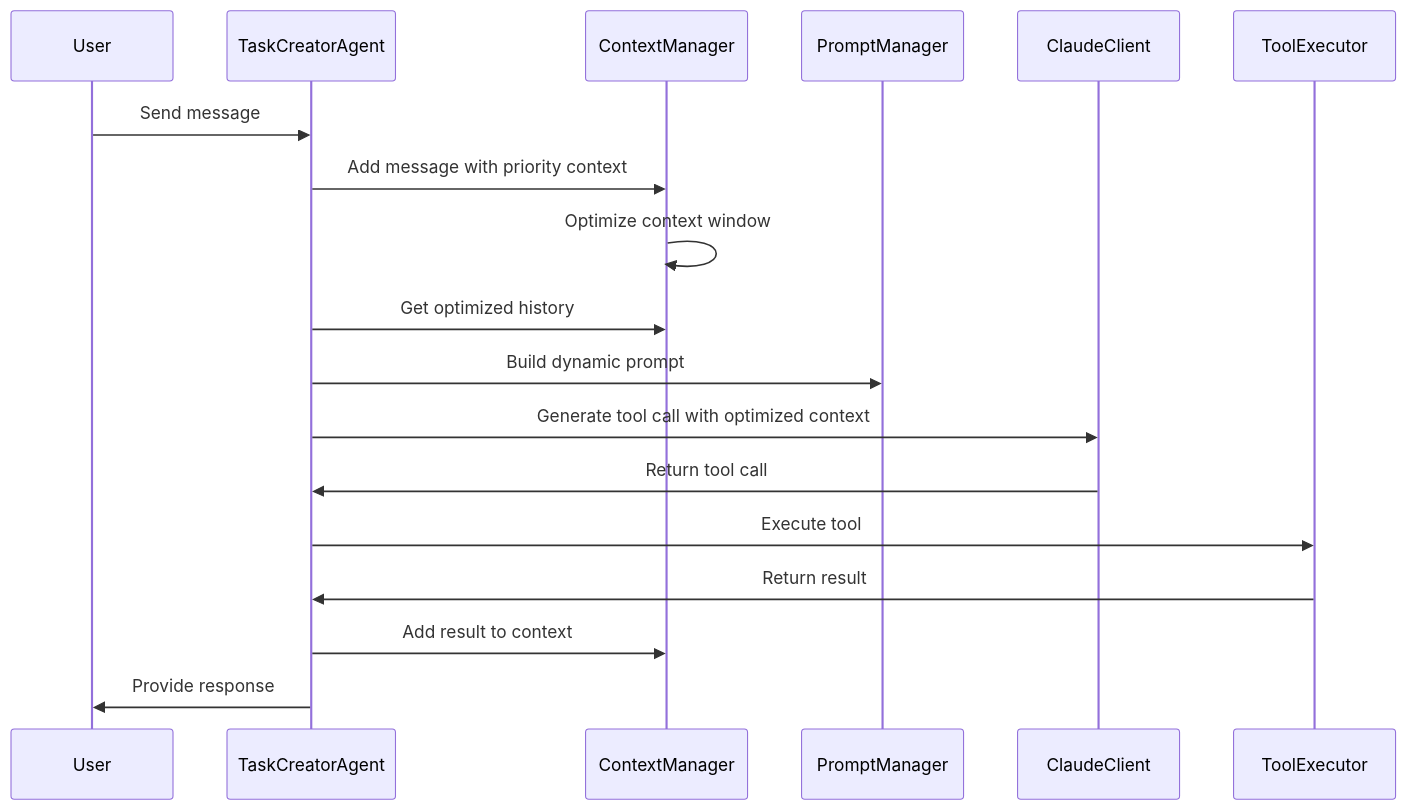
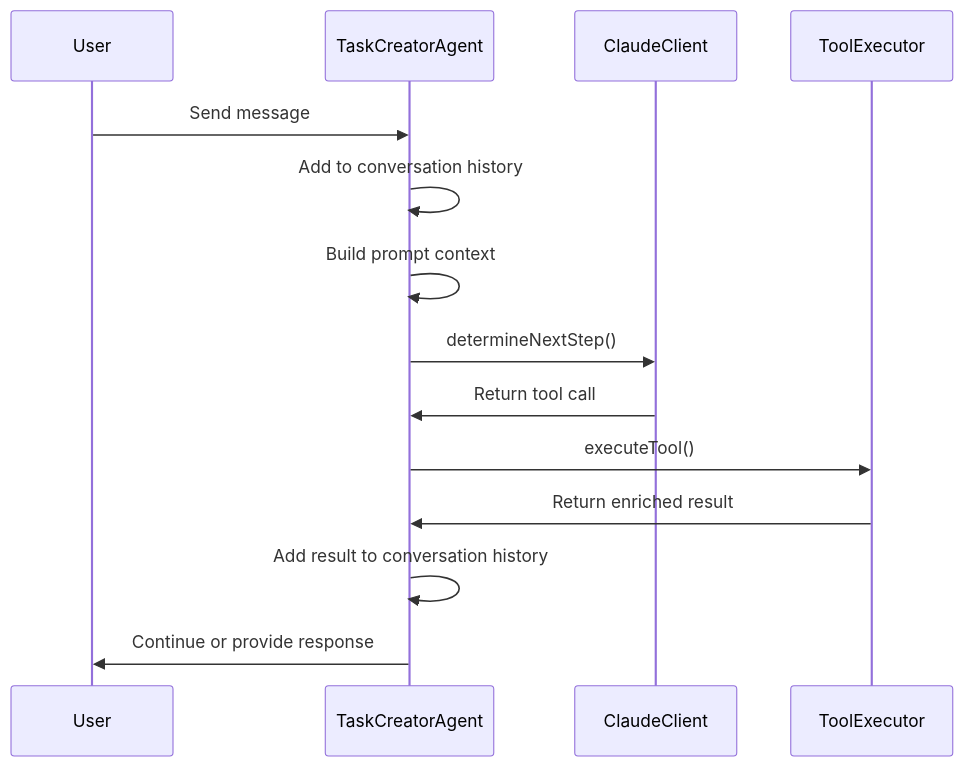
Before and after one commit to shomrkm/shochan_ai: the fifth of 6 diagrams in docs/ARCHITECTURE.md, drawn with Mermaid. The commit also changed other lines of this file and 2 other files, not shown here.

Commit message:
doc: Simplify architecture by unifying prompt management and conversation history handling in TaskCreatorAgent, enhancing clarity and maintainability while implementing 12-factor principles

````diff
--- a/docs/ARCHITECTURE.md
+++ b/docs/ARCHITECTURE.md
@@ -279,21 +240,17 @@
 ```mermaid
 sequenceDiagram
     participant User
     participant Agent as TaskCreatorAgent
-    participant Context as ContextManager
-    participant Prompt as PromptManager
     participant Claude as ClaudeClient
     participant Tool as ToolExecutor
 
     User->>Agent: Send message
-    Agent->>Context: Add message with priority context
-    Context->>Context: Optimize context window
-    Agent->>Context: Get optimized history
-    Agent->>Prompt: Build dynamic prompt
-    Agent->>Claude: Generate tool call with optimized context
+    Agent->>Agent: Add to conversation history
+    Agent->>Agent: Build prompt context
+    Agent->>Claude: determineNextStep()
     Claude->>Agent: Return tool call
-    Agent->>Tool: Execute tool
-    Tool->>Agent: Return result
-    Agent->>Context: Add result to context
-    Agent->>User: Provide response
+    Agent->>Tool: executeTool()
+    Tool->>Agent: Return enriched result
+    Agent->>Agent: Add result to conversation history
+    Agent->>User: Continue or provide response
 ```
````
